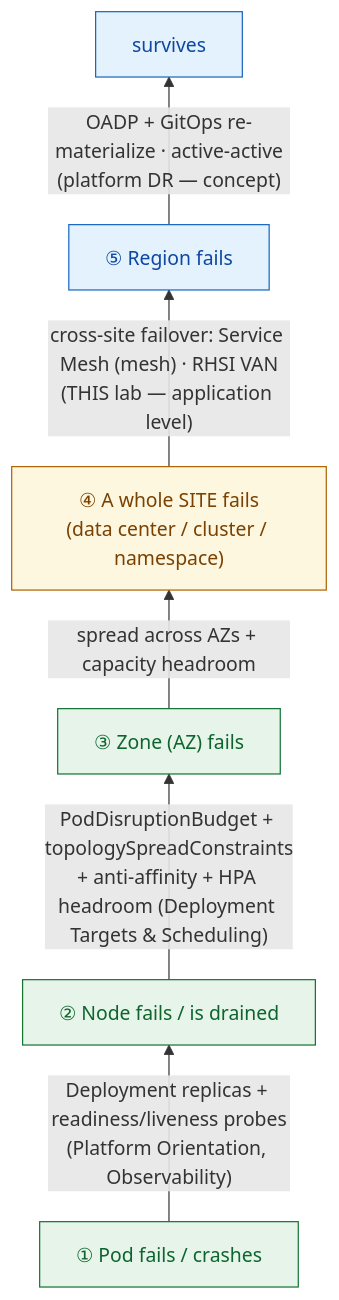
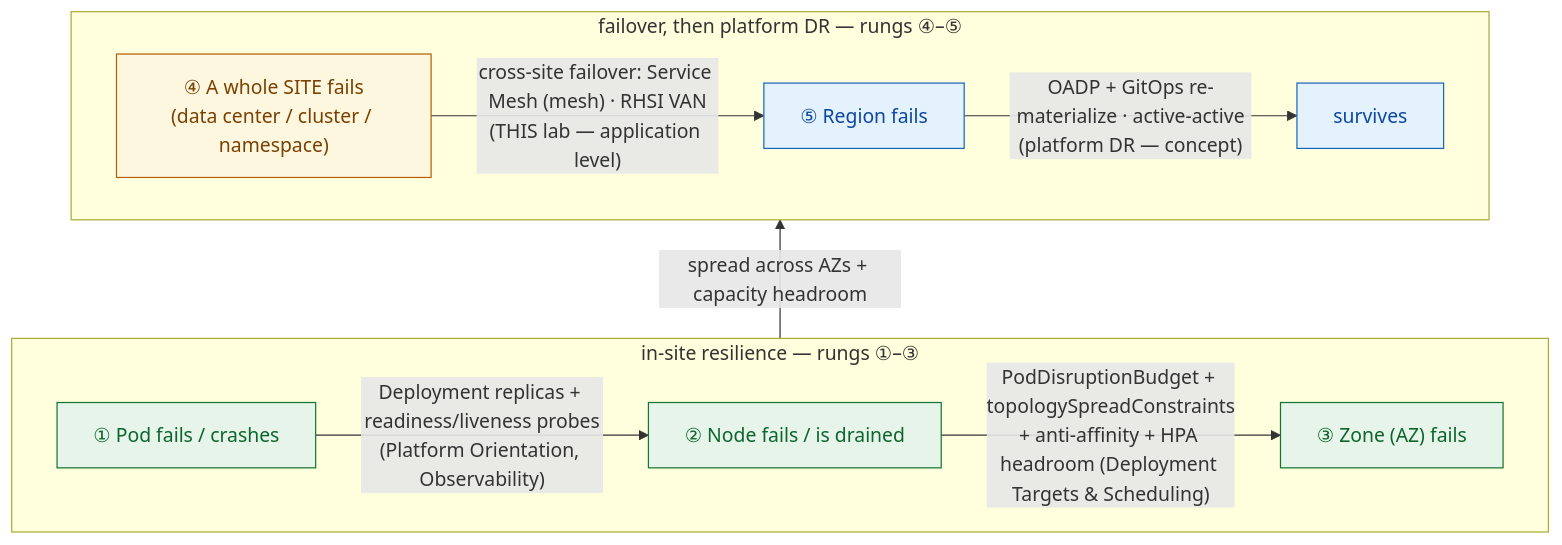
Before and after one commit to serhat-dirik/OCP-Getting-Started-Revamped: the diagram in content/modules/ROOT/examples/diagrams/resilience-multicluster-dr/01-resilience-ladder.mmd, drawn with Mermaid. The commit also changed 59 other files, not shown here.

```diff
--- a/content/modules/ROOT/examples/diagrams/resilience-multicluster-dr/01-resilience-ladder.mmd
+++ b/content/modules/ROOT/examples/diagrams/resilience-multicluster-dr/01-resilience-ladder.mmd
@@ -1,15 +1,33 @@
-graph BT
-  pod["① Pod fails / crashes"]
-  node["② Node fails / is drained"]
-  zone["③ Zone (AZ) fails"]
-  site["④ A whole SITE fails<br/>(data center / cluster / namespace)"]
-  region["⑤ Region fails"]
-  pod -->|"Deployment replicas + readiness/liveness probes<br/>(Platform Orientation, Observability)"| node
-  node -->|"PodDisruptionBudget + topologySpreadConstraints<br/>+ anti-affinity + HPA headroom (Deployment Targets & Scheduling)"| zone
-  zone -->|"spread across AZs + capacity headroom"| site
-  site -->|"cross-site failover: Service Mesh (mesh) · RHSI VAN<br/>(THIS lab — application level)"| region
-  region -->|"OADP + GitOps re-materialize · active-active<br/>(platform DR — concept)"| top["survives"]
+%% Resilience ladder — Resilience, Multi-Cluster & DR concept page.
+%% Six-rung chain: pod -> node -> zone -> site -> region -> survives. Kept `flowchart BT` at the
+%% top level (not the usual TB) so the two rows still climb low-severity-at-bottom to
+%% high-severity-at-top, matching "read the ladder bottom-up" in the concept prose; each row is a
+%% subgraph with `direction LR` so its nodes spread sideways instead of stacking into a column, and
+%% the real (not invisible) edges already chain them left to right. Row 1 (bottom): pod, node, zone
+%% (rungs 1-3, in-site). Row 2 (top): site, region, survives (rungs 4-5). Resized 2026-08-22: was
+%% 492x740 intrinsic (900x1354 rendered, text at 1.83x).
+%% Follow-up 2026-08-22: `zone->site` crossed from "insite" into "beyond", silently disabling both
+%% subgraphs' `direction LR` (900x1421 @1.69x). Re-pointed at the containers (`insite->beyond`).
+%% Kept `flowchart BT` — the bottom-up read is unrelated to the crossing-edge bug.
+flowchart BT
+  subgraph insite["in-site resilience — rungs ①–③"]
+    direction LR
+    pod["① Pod fails / crashes"]
+    node["② Node fails / is drained"]
+    zone["③ Zone (AZ) fails"]
+    pod -->|"Deployment replicas + readiness/liveness probes<br/>(Platform Orientation, Observability)"| node
+    node -->|"PodDisruptionBudget + topologySpreadConstraints<br/>+ anti-affinity + HPA headroom (Deployment Targets & Scheduling)"| zone
+  end
+  subgraph beyond["failover, then platform DR — rungs ④–⑤"]
+    direction LR
+    site["④ A whole SITE fails<br/>(data center / cluster / namespace)"]
+    region["⑤ Region fails"]
+    top["survives"]
+    site -->|"cross-site failover: Service Mesh (mesh) · RHSI VAN<br/>(THIS lab — application level)"| region
+    region -->|"OADP + GitOps re-materialize · active-active<br/>(platform DR — concept)"| top
+  end
+  insite -->|"spread across AZs + capacity headroom"| beyond
   classDef inapp fill:#e6f4ea,stroke:#137333,color:#0d652d;
   classDef failover fill:#fef7e0,stroke:#b06000,color:#7a4100;
   classDef dr fill:#e3f2fd,stroke:#1565c0,color:#0d47a1;
   class pod,node,zone inapp; class site failover; class region dr; class top dr;
```
